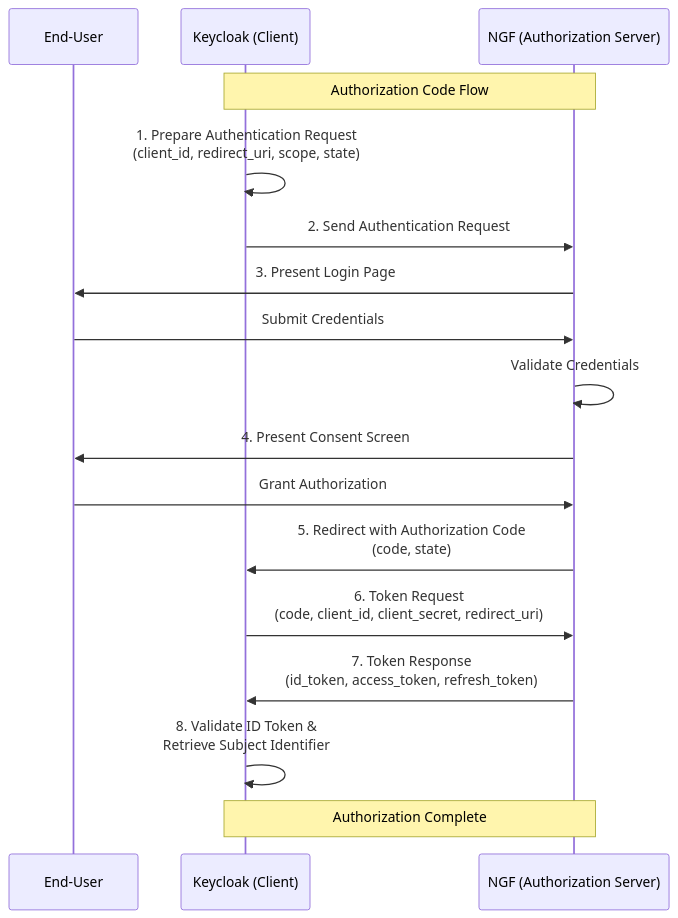
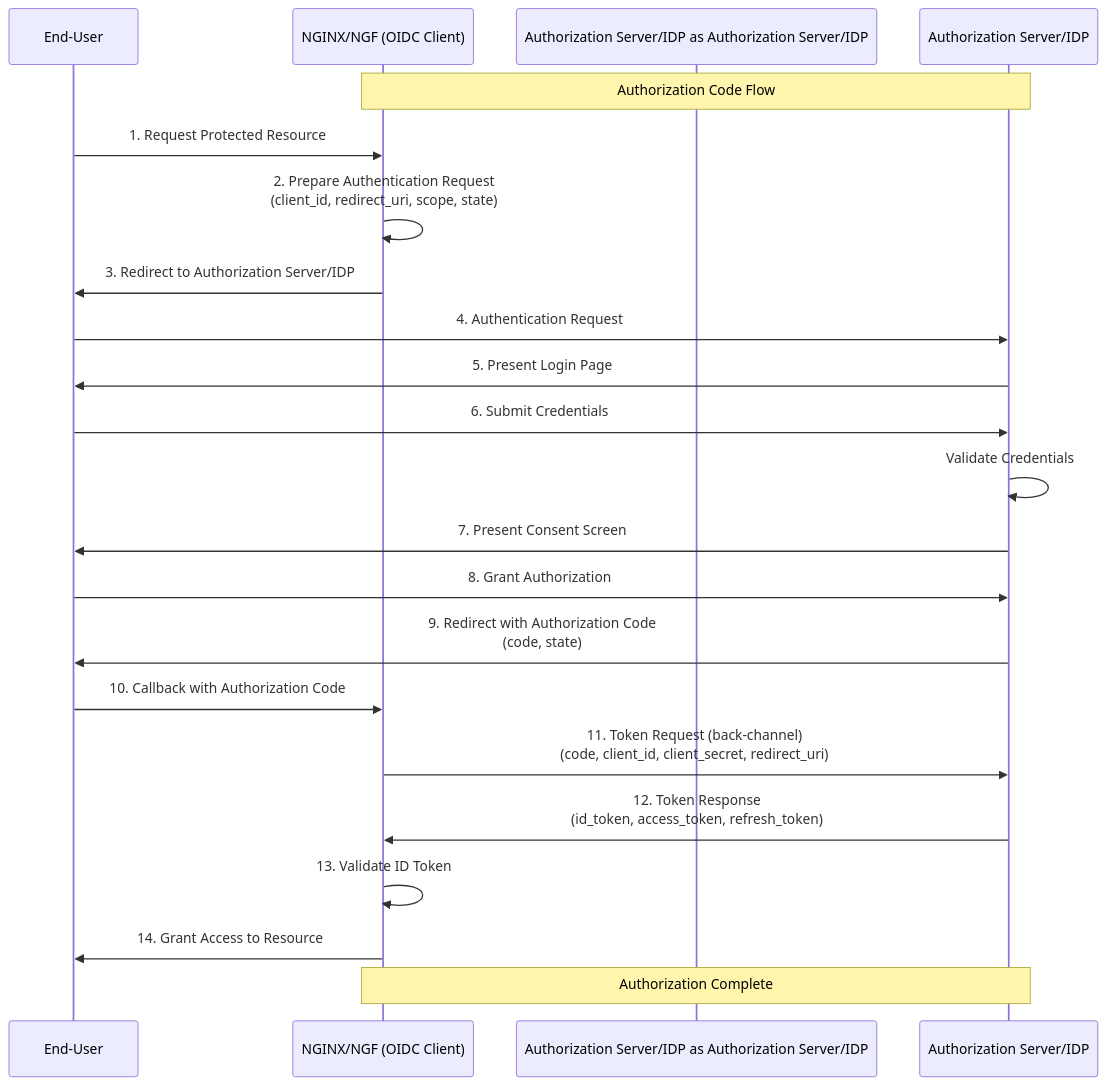
Before and after one commit to nginx/nginx-gateway-fabric: the diagram in docs/proposals/oidc.md, drawn with Mermaid. The commit also changed other lines of this file, not shown here.

````diff
--- a/docs/proposals/oidc.md
+++ b/docs/proposals/oidc.md
@@ -36,29 +36,26 @@
 ```mermaid
 sequenceDiagram
     participant User as End-User
-    participant Keycloak as Keycloak (Client)
-    participant NGF as NGF (Authorization Server)
+    participant NGINX as NGINX/NGF (OIDC Client)
+    participant Authorization Server/IDP as Authorization Server/IDP
 
-    Note over Keycloak,NGF: Authorization Code Flow
+    Note over NGINX,Authorization Server/IDP: Authorization Code Flow
 
-    Keycloak->>Keycloak: 1. Prepare Authentication Request<br/>(client_id, redirect_uri, scope, state)
+    User->>NGINX: 1. Request Protected Resource
+    NGINX->>NGINX: 2. Prepare Authentication Request<br/>(client_id, redirect_uri, scope, state)
+    NGINX->>User: 3. Redirect to Authorization Server/IDP
+    User->>Authorization Server/IDP: 4. Authentication Request
+    Authorization Server/IDP->>User: 5. Present Login Page
+    User->>Authorization Server/IDP: 6. Submit Credentials
+    Authorization Server/IDP->>Authorization Server/IDP: Validate Credentials
+    Authorization Server/IDP->>User: 7. Present Consent Screen
+    User->>Authorization Server/IDP: 8. Grant Authorization
+    Authorization Server/IDP->>User: 9. Redirect with Authorization Code<br/>(code, state)
+    User->>NGINX: 10. Callback with Authorization Code
+    NGINX->>Authorization Server/IDP: 11. Token Request (back-channel)<br/>(code, client_id, client_secret, redirect_uri)
+    Authorization Server/IDP->>NGINX: 12. Token Response<br/>(id_token, access_token, refresh_token)
+    NGINX->>NGINX: 13. Validate ID Token
+    NGINX->>User: 14. Grant Access to Resource
 
-    Keycloak->>NGF: 2. Send Authentication Request
-
-    NGF->>User: 3. Present Login Page
-    User->>NGF: Submit Credentials
-    NGF->>NGF: Validate Credentials
-
-    NGF->>User: 4. Present Consent Screen
-    User->>NGF: Grant Authorization
-
-    NGF->>Keycloak: 5. Redirect with Authorization Code<br/>(code, state)
-
-    Keycloak->>NGF: 6. Token Request<br/>(code, client_id, client_secret, redirect_uri)
-
-    NGF->>Keycloak: 7. Token Response<br/>(id_token, access_token, refresh_token)
-
-    Keycloak->>Keycloak: 8. Validate ID Token &<br/>Retrieve Subject Identifier
-
-    Note over Keycloak,NGF: Authorization Complete
+    Note over NGINX,Authorization Server/IDP: Authorization Complete
 ```
````
